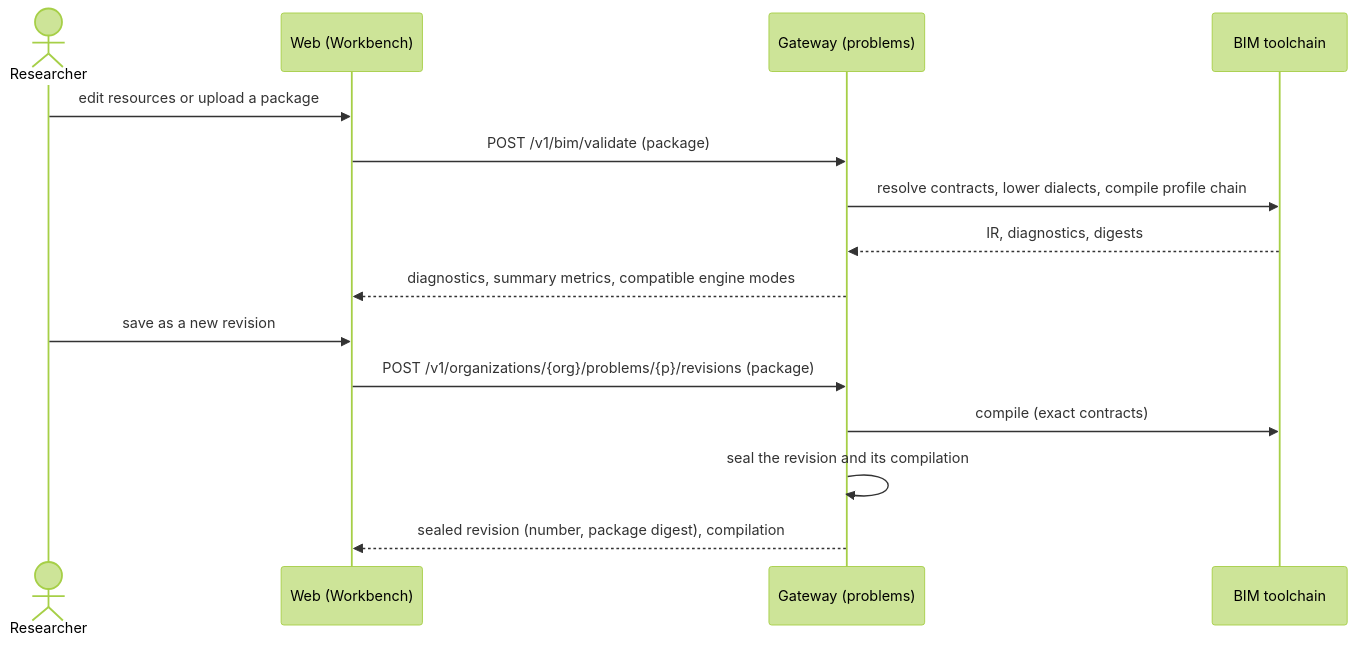
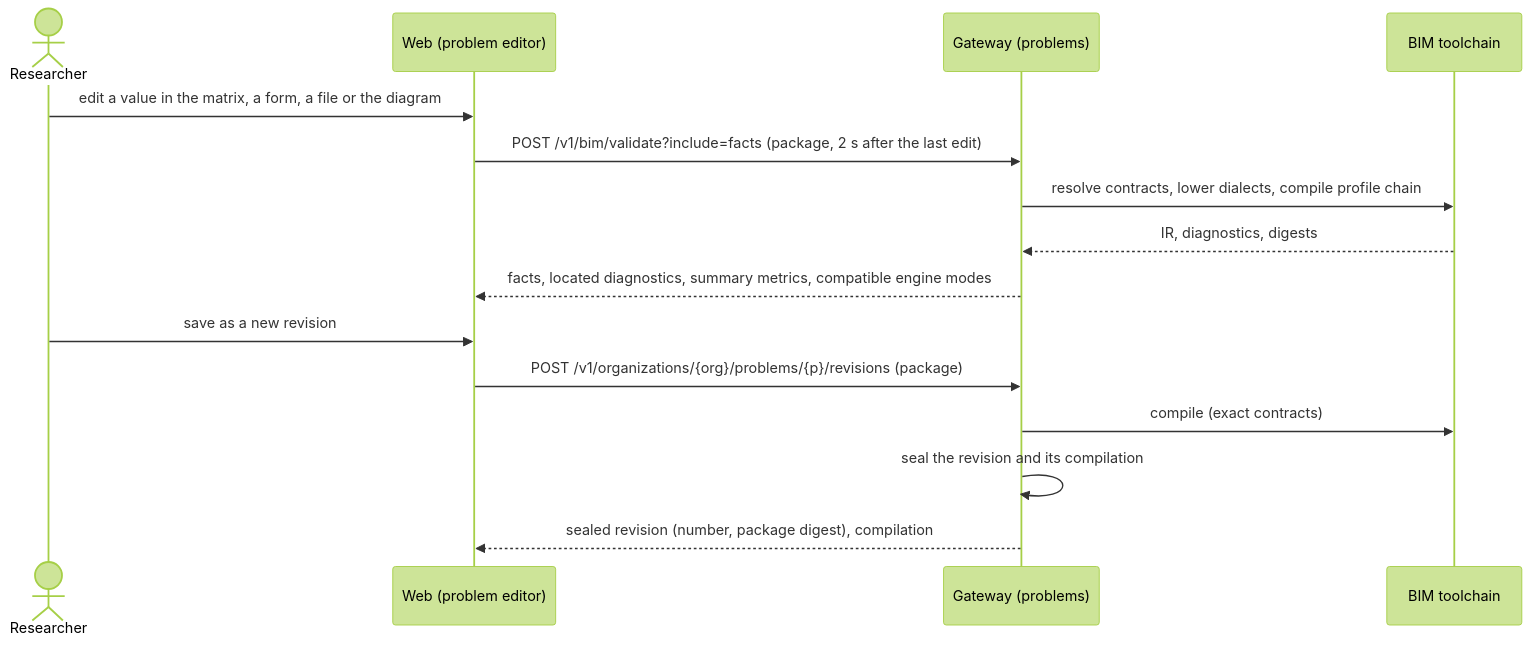
One commit to isa-group/OpenBinding changed the fourth of 7 diagrams in docs/ARCHITECTURE.md. Above: the diagram before and after it, drawn with Mermaid (forest theme). The commit also changed other lines of this file and 15 other files, not shown here.

First line of the commit message:
docs: record the F2b decisions and walk the problem editor in the lab

````diff
--- a/docs/ARCHITECTURE.md
+++ b/docs/ARCHITECTURE.md
@@ -413,17 +433,17 @@
 ```mermaid
 sequenceDiagram
   actor U as Researcher
-  participant W as Web (Workbench)
+  participant W as Web (problem editor)
   participant G as Gateway (problems)
   participant B as BIM toolchain
-  U->>W: edit resources or upload a package
-  W->>G: POST /v1/bim/validate (package)
+  U->>W: edit a value in the matrix, a form, a file or the diagram
+  W->>G: POST /v1/bim/validate?include=facts (package, 2 s after the last edit)
   G->>B: resolve contracts, lower dialects, compile profile chain
   B-->>G: IR, diagnostics, digests
-  G-->>W: diagnostics, summary metrics, compatible engine modes
+  G-->>W: facts, located diagnostics, summary metrics, compatible engine modes
   U->>W: save as a new revision
   W->>G: POST /v1/organizations/{org}/problems/{p}/revisions (package)
   G->>B: compile (exact contracts)
   G->>G: seal the revision and its compilation
   G-->>W: sealed revision (number, package digest), compilation
 ```
````
